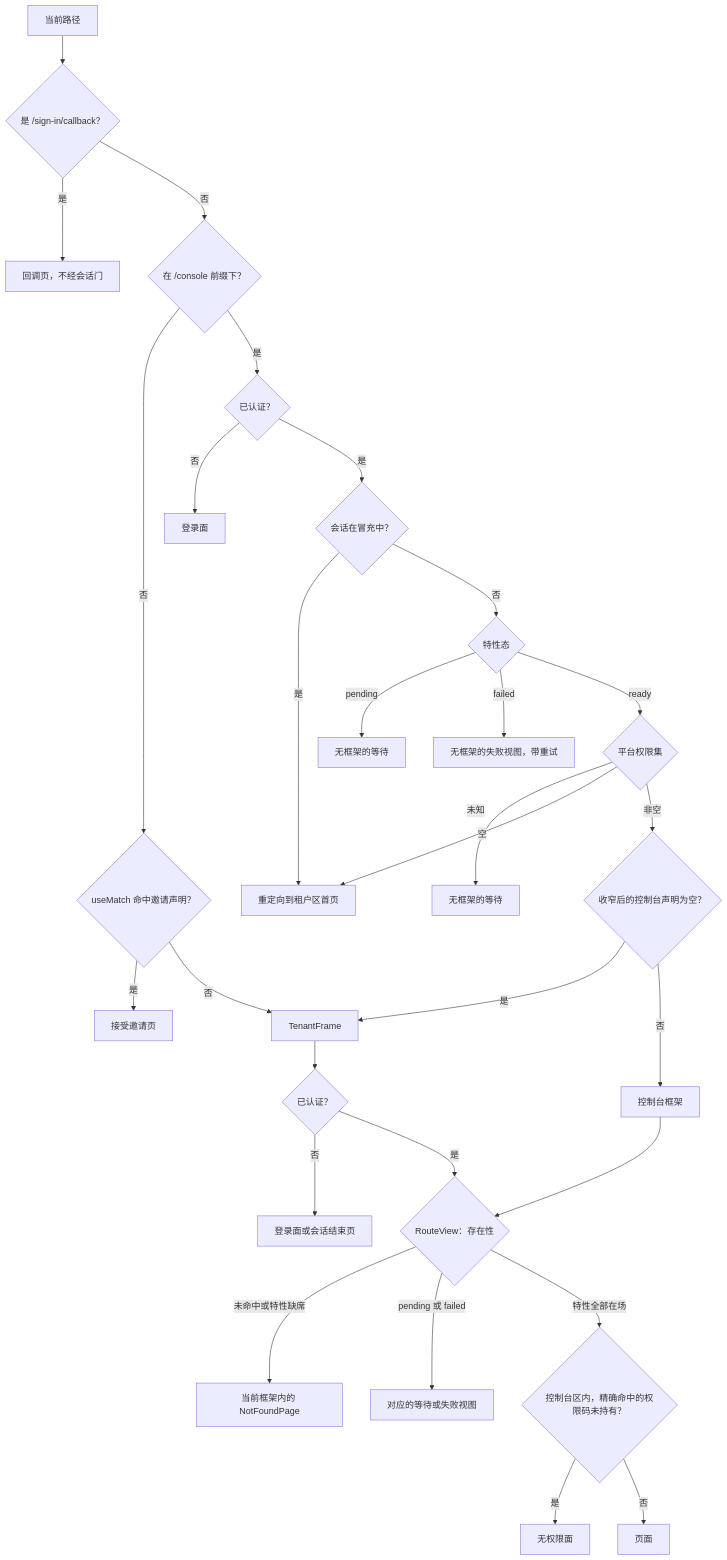
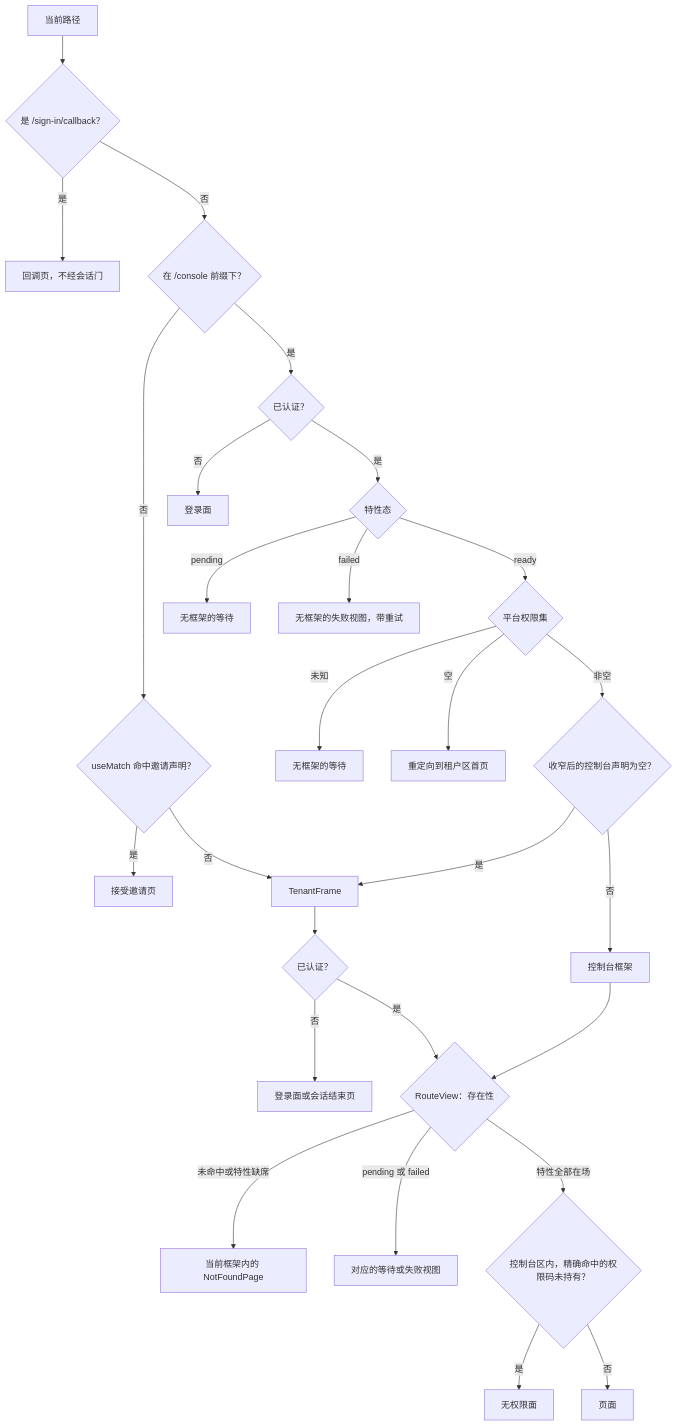
The second of 2 diagrams in docs/design/modules/design-starters.md (wangzw/speed), drawn with Mermaid before and after one commit. The commit also changed other lines of this file and 4 other files, not shown here.

````diff
--- a/docs/design/modules/design-starters.md
+++ b/docs/design/modules/design-starters.md
@@ -227,31 +227,29 @@
 ```mermaid
 flowchart TD
     path["当前路径"] --> cb{"是 /sign-in/callback？"}
     cb -->|是| cbpage["回调页，不经会话门"]
     cb -->|否| area{"在 /console 前缀下？"}
     area -->|否| inv{"useMatch 命中邀请声明？"}
     inv -->|是| accept["接受邀请页"]
     inv -->|否| tframe["TenantFrame"]
     tframe --> tauth{"已认证？"}
     tauth -->|否| tanon["登录面或会话结束页"]
     tauth -->|是| exist{"RouteView：存在性"}
     area -->|是| cauth{"已认证？"}
     cauth -->|否| csign["登录面"]
-    cauth -->|是| imp{"会话在冒充中？"}
-    imp -->|是| home
-    imp -->|否| fstate{"特性态"}
+    cauth -->|是| fstate{"特性态"}
     fstate -->|pending| cwait["无框架的等待"]
     fstate -->|failed| cfail["无框架的失败视图，带重试"]
     fstate -->|ready| perms{"平台权限集"}
     perms -->|未知| pwait["无框架的等待"]
     perms -->|空| home["重定向到租户区首页"]
     perms -->|非空| narrowed{"收窄后的控制台声明为空？"}
     narrowed -->|是| tframe
     narrowed -->|否| cframe["控制台框架"]
     cframe --> exist
     exist -->|未命中或特性缺席| notfound["当前框架内的 NotFoundPage"]
     exist -->|pending 或 failed| gated["对应的等待或失败视图"]
     exist -->|特性全部在场| guard{"控制台区内，精确命中的权限码未持有？"}
     guard -->|是| denied["无权限面"]
     guard -->|否| page["页面"]
 ```
````
